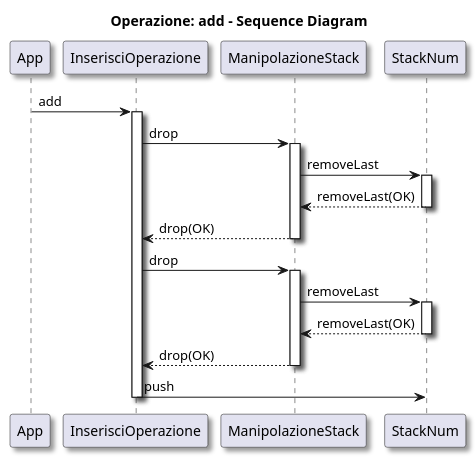
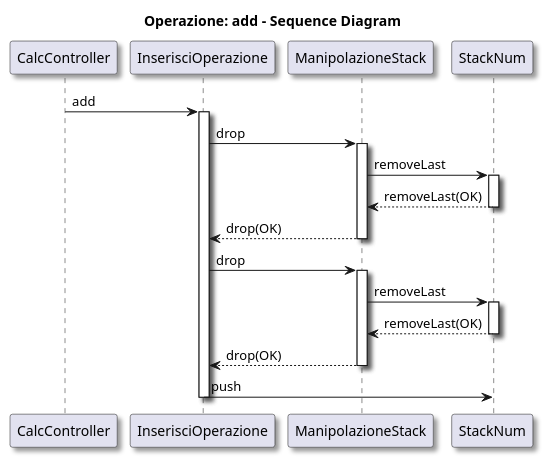
Before and after one commit to LuciaNancyLavista/Gruppo06_software_eng_L.I.V.P: the diagram in CalcolatriceProgrammabile/Diagrams/Sequence Diagrams/SequenceInsertOp.puml, drawn with PlantUML. The commit also changed 3 other files, not shown here.

First line of the commit message:
Name mistake Seq Diagram

```diff
--- a/CalcolatriceProgrammabile/Diagrams/Sequence Diagrams/SequenceInsertOp.puml
+++ b/CalcolatriceProgrammabile/Diagrams/Sequence Diagrams/SequenceInsertOp.puml
@@ -1,30 +1,30 @@
 @startuml 
 
 skinparam Shadowing true
 
 title Operazione: add - Sequence Diagram
 
-App -> InserisciOperazione: add
+CalcController -> InserisciOperazione: add
 activate InserisciOperazione
 InserisciOperazione -> ManipolazioneStack: drop
 activate ManipolazioneStack
 ManipolazioneStack -> StackNum: removeLast
 activate StackNum
 StackNum --> ManipolazioneStack: removeLast(OK)
 deactivate StackNum
 ManipolazioneStack --> InserisciOperazione: drop(OK)
 deactivate ManipolazioneStack
 InserisciOperazione -> ManipolazioneStack: drop
 activate ManipolazioneStack
 ManipolazioneStack -> StackNum: removeLast
 activate StackNum
 StackNum --> ManipolazioneStack: removeLast(OK)
 deactivate StackNum
 ManipolazioneStack --> InserisciOperazione: drop(OK)
 deactivate ManipolazioneStack
 InserisciOperazione -> StackNum: push
 deactivate InserisciOperazione
 
 
 '!include ../../plantuml-styles/ae-copyright-footer.txt
 @endumlperazione
```
